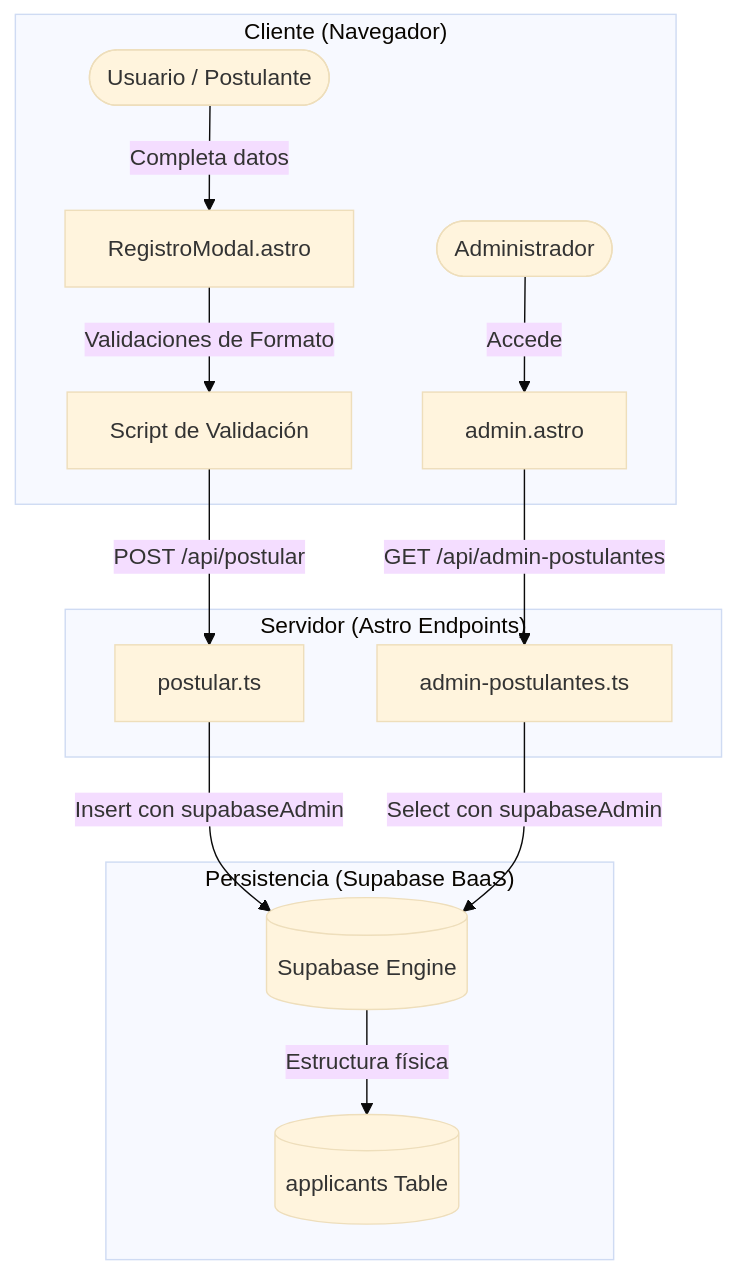
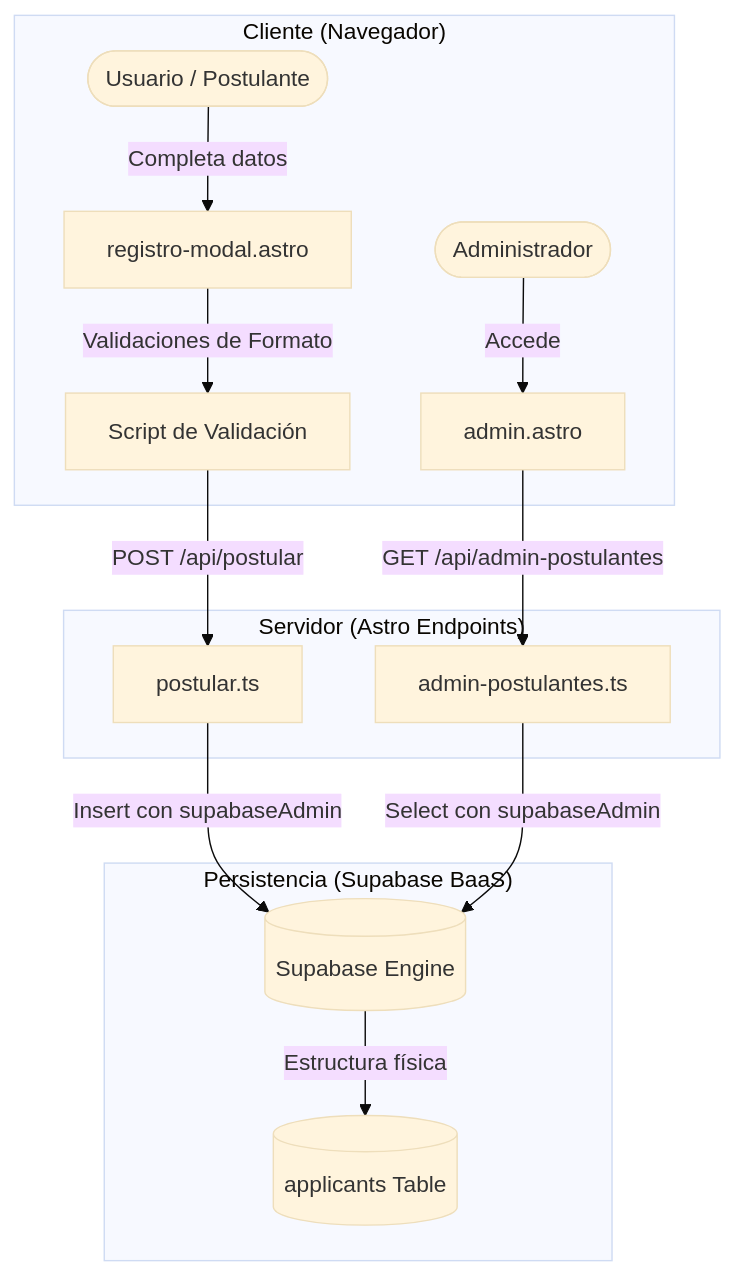
One commit to ccUnicode/Unicode changed the diagram in docs/arquitectura.md. Above: the diagram before and after it, drawn with Mermaid (base theme). The commit also changed other lines of this file and 322 other files, not shown here.

````diff
--- a/docs/arquitectura.md
+++ b/docs/arquitectura.md
@@ -46,19 +46,19 @@
 ```mermaid
 graph TD
     subgraph client ["Cliente (Navegador)"]
-        User([Usuario / Postulante]) -->|Completa datos| Form[RegistroModal.astro]
+        User([Usuario / Postulante]) -->|Completa datos| Form[registro-modal.astro]
         Form -->|Validaciones de Formato| ClientVal[Script de Validación]
         Admin([Administrador]) -->|Accede| AdminUI[admin.astro]
     end
 
     subgraph server ["Servidor (Astro Endpoints)"]
         ClientVal -->|POST /api/postular| API_Postular[postular.ts]
         AdminUI -->|GET /api/admin-postulantes| API_Admin[admin-postulantes.ts]
     end
 
     subgraph db ["Persistencia (Supabase BaaS)"]
         API_Postular -->|Insert con supabaseAdmin| Supabase[(Supabase Engine)]
         API_Admin -->|Select con supabaseAdmin| Supabase
         Supabase -->|Estructura física| Table[(applicants Table)]
     end
 ```
````
